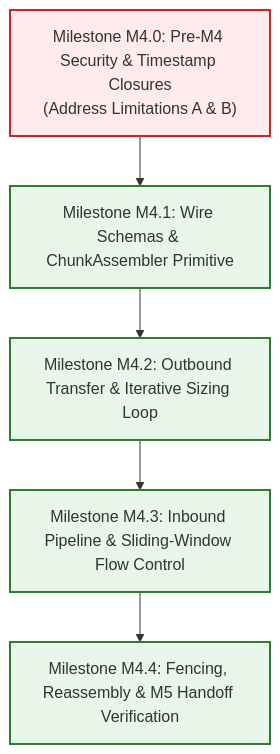
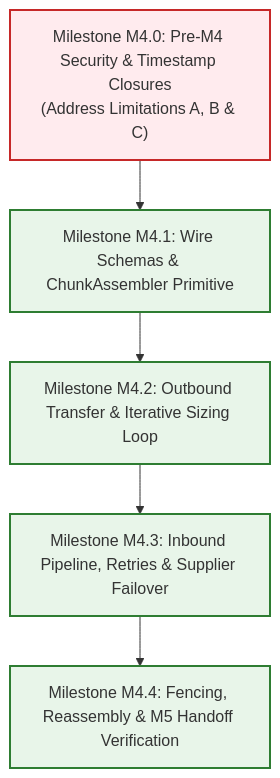
One commit to Tejdeepakchandra/SyncPlay_Protocol changed the diagram in docs/PHASE7_5_M4_IMPLEMENTATION_ROADMAP.md. Above: the diagram before and after it, drawn with Mermaid. The commit also changed other lines of this file and 4 other files, not shown here.

Commit message:
docs(phase-7.5-m4): refined planning specification covering snapshot identity, failover, chunk validation, sizing termination, and resource budgets

````diff
--- a/docs/PHASE7_5_M4_IMPLEMENTATION_ROADMAP.md
+++ b/docs/PHASE7_5_M4_IMPLEMENTATION_ROADMAP.md
@@ -14,13 +16,13 @@
 ```mermaid
 flowchart TD
-    M4_0["Milestone M4.0: Pre-M4 Security & Timestamp Closures<br/>(Address Limitations A & B)"] --> M4_1["Milestone M4.1: Wire Schemas & ChunkAssembler Primitive"]
+    M4_0["Milestone M4.0: Pre-M4 Security & Timestamp Closures<br/>(Address Limitations A, B & C)"] --> M4_1["Milestone M4.1: Wire Schemas & ChunkAssembler Primitive"]
     M4_1 --> M4_2["Milestone M4.2: Outbound Transfer & Iterative Sizing Loop"]
-    M4_2 --> M4_3["Milestone M4.3: Inbound Pipeline & Sliding-Window Flow Control"]
+    M4_2 --> M4_3["Milestone M4.3: Inbound Pipeline, Retries & Supplier Failover"]
     M4_3 --> M4_4["Milestone M4.4: Fencing, Reassembly & M5 Handoff Verification"]
 
     style M4_0 fill:#ffebee,stroke:#c62828,stroke-width:2px
     style M4_1 fill:#e8f5e9,stroke:#2e7d32,stroke-width:2px
     style M4_2 fill:#e8f5e9,stroke:#2e7d32,stroke-width:2px
     style M4_3 fill:#e8f5e9,stroke:#2e7d32,stroke-width:2px
     style M4_4 fill:#e8f5e9,stroke:#2e7d32,stroke-width:2px
 ```
````
